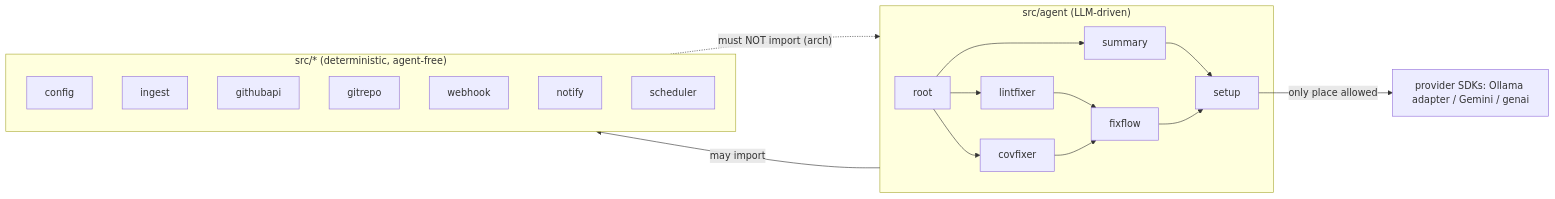
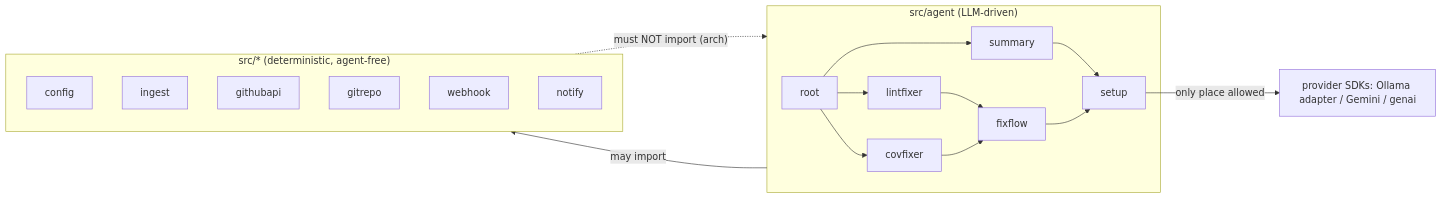
One commit to jkjamies/automation-agent changed the diagram in javascript/src/AGENTS.md. Above: the diagram before and after it, drawn with Mermaid. The commit also changed other lines of this file and 98 other files, not shown here.

````diff
--- a/javascript/src/AGENTS.md
+++ b/javascript/src/AGENTS.md
@@ -11,24 +11,23 @@
 ```mermaid
 flowchart LR
     subgraph agents["src/agent (LLM-driven)"]
         root --> summary
         root --> lintfixer
         root --> covfixer
         lintfixer --> fixflow
         covfixer --> fixflow
         summary --> setup
         fixflow --> setup
     end
     subgraph tooling["src/* (deterministic, agent-free)"]
         config
         ingest
         githubapi
         gitrepo
         webhook
         notify
-        scheduler
     end
     agents -->|"may import"| tooling
     tooling -.->|"must NOT import (arch)"| agents
     setup -->|"only place allowed"| providers["provider SDKs: Ollama adapter / Gemini / genai"]
 ```
````
